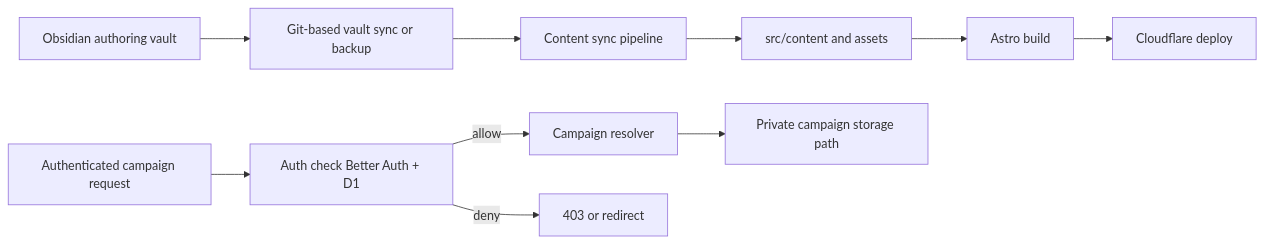
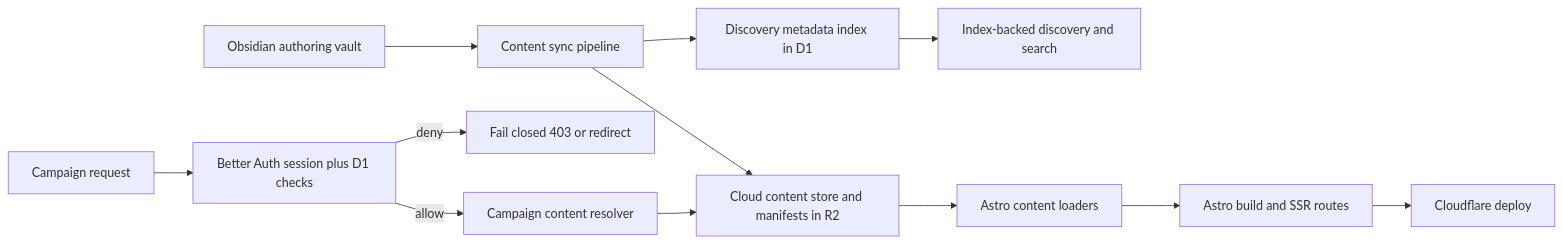
Before and after one commit to bradarnst/worldofaletheia: the diagram in README.md, drawn with Mermaid. The commit also changed other lines of this file and 22 other files, not shown here.

````diff
--- a/README.md
+++ b/README.md
@@ -73,13 +50,15 @@
 ```mermaid
 flowchart LR
-  O[Obsidian authoring vault] --> G[Git-based vault sync or backup]
-  G --> S[Content sync pipeline]
-  S --> R[src/content and assets]
-  R --> B[Astro build]
-  B --> D[Cloudflare deploy]
+  O[Obsidian authoring vault] --> S[Content sync pipeline]
+  S --> R2[Cloud content store and manifests in R2]
+  S --> IDX[Discovery metadata index in D1]
+  R2 --> A[Astro content loaders]
+  A --> B[Astro build and SSR routes]
+  IDX --> Q[Index-backed discovery and search]
+  B --> CF[Cloudflare deploy]
 
-  U[Authenticated campaign request] --> A[Auth check Better Auth + D1]
-  A -->|allow| C[Campaign resolver]
-  C --> P[Private campaign storage path]
-  A -->|deny| X[403 or redirect]
+  U[Campaign request] --> AUTH[Better Auth session plus D1 checks]
+  AUTH -->|allow| CR[Campaign content resolver]
+  CR --> R2
+  AUTH -->|deny| X[Fail closed 403 or redirect]
 ```
````
